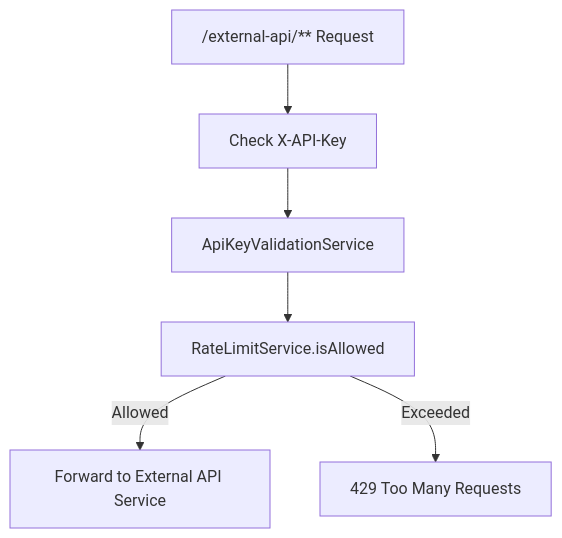
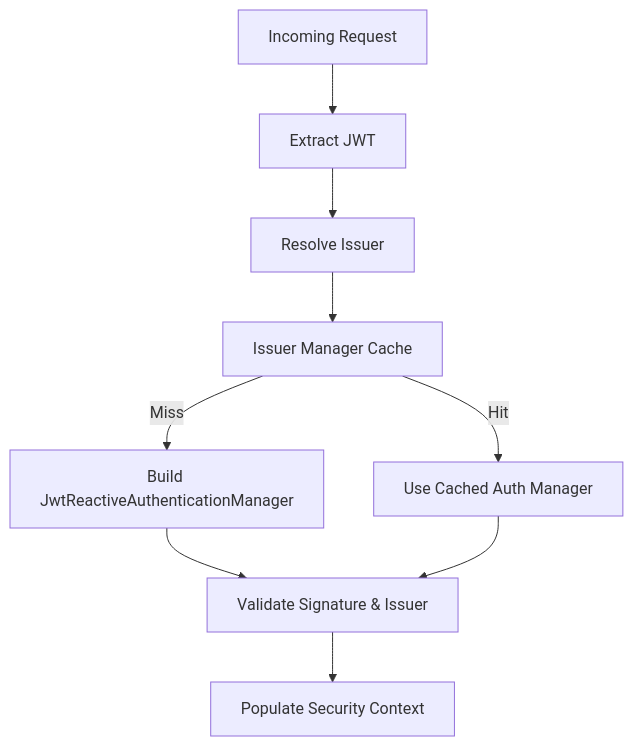
Before and after one commit to Praesto-Pro/openframe-oss-tenant: the fourth of 7 diagrams in docs/architecture/gateway-service-core/gateway-service-core.md, drawn with Mermaid. The commit also changed other lines of this file and 174 other files, not shown here.

````diff
--- a/docs/architecture/gateway-service-core/gateway-service-core.md
+++ b/docs/architecture/gateway-service-core/gateway-service-core.md
@@ -117,8 +171,13 @@
 ```mermaid
 flowchart TD
-    ExternalRequest["/external-api/** Request"] --> CheckKey["Check X-API-Key"]
-    CheckKey --> Validate["ApiKeyValidationService"]
-    Validate --> RateCheck["RateLimitService.isAllowed"]
-    RateCheck -->|"Allowed"| Forward["Forward to External API Service"]
-    RateCheck -->|"Exceeded"| Reject["429 Too Many Requests"]
+    Request["Incoming Request"] --> ExtractJwt["Extract JWT"]
+    ExtractJwt --> ResolveIssuer["Resolve Issuer"]
+    ResolveIssuer --> CacheCheck["Issuer Manager Cache"]
+
+    CacheCheck -->|"Hit"| UseManager["Use Cached Auth Manager"]
+    CacheCheck -->|"Miss"| BuildManager["Build JwtReactiveAuthenticationManager"]
+
+    BuildManager --> Validate["Validate Signature & Issuer"]
+    UseManager --> Validate
+    Validate --> SecurityContext["Populate Security Context"]
 ```
````
